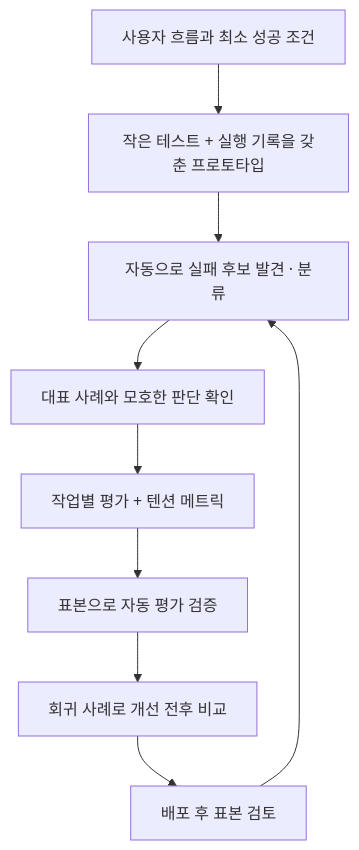
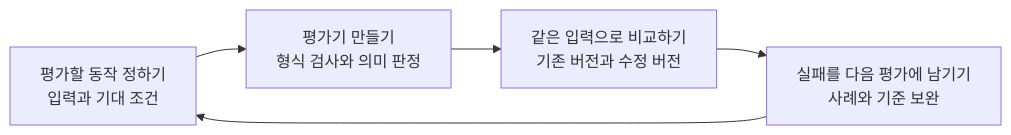
One commit to haandol/haandol.github.com changed the first of 2 diagrams in _posts/2026-10-05-evaluating-new-agent-applications.md. Above: the diagram before and after it, drawn with Mermaid. The commit also changed other lines of this file and 1 other file, not shown here.

````diff
--- a/_posts/2026-10-05-evaluating-new-agent-applications.md
+++ b/_posts/2026-10-05-evaluating-new-agent-applications.md
@@ -40,11 +36,7 @@
 ```mermaid
-flowchart TD
-    A["사용자 흐름과 최소 성공 조건"] --> B["작은 테스트 + 실행 기록을 갖춘 프로토타입"]
-    B --> C["자동으로 실패 후보 발견 · 분류"]
-    C --> D["대표 사례와 모호한 판단 확인"]
-    D --> E["작업별 평가 + 텐션 메트릭"]
-    E --> F["표본으로 자동 평가 검증"]
-    F --> G["회귀 사례로 개선 전후 비교"]
-    G --> H["배포 후 표본 검토"]
-    H --> C
+flowchart LR
+    A["평가할 동작 정하기<br/>입력과 기대 조건"] --> B["평가기 만들기<br/>형식 검사와 의미 판정"]
+    B --> C["같은 입력으로 비교하기<br/>기존 버전과 수정 버전"]
+    C --> D["실패를 다음 평가에 남기기<br/>사례와 기준 보완"]
+    D --> A
 ```
````
